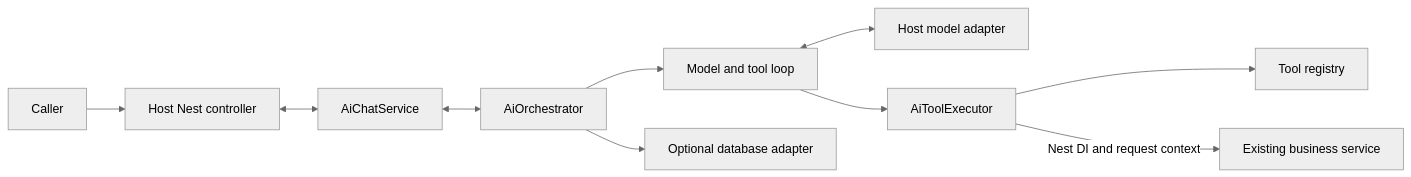
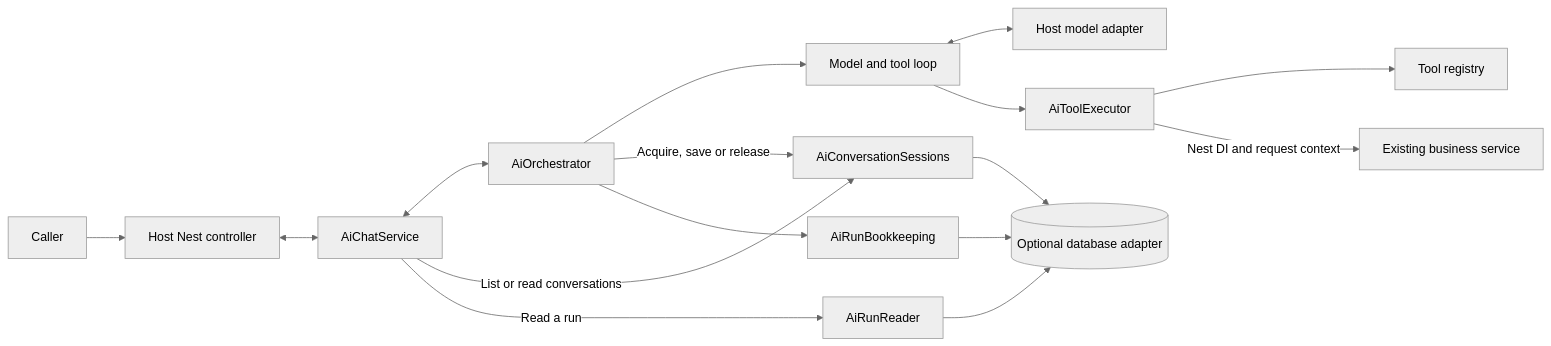
Before and after one commit to smthspecial/nest-ai-middleware: the diagram in .spec/technical/arch/arch-001.md, drawn with Mermaid (neutral theme). The commit also changed other lines of this file and 57 other files, not shown here.

````diff
--- a/.spec/technical/arch/arch-001.md
+++ b/.spec/technical/arch/arch-001.md
@@ -27,12 +28,18 @@
 ```mermaid
 flowchart LR
     Caller --> Controller[Host Nest controller]
     Controller <--> Chat[AiChatService]
     Chat <--> Orchestrator[AiOrchestrator]
     Orchestrator --> Answer[Model and tool loop]
-    Orchestrator --> Storage[Optional database adapter]
+    Orchestrator -->|Acquire, save or release| Sessions[AiConversationSessions]
+    Orchestrator --> Bookkeeping[AiRunBookkeeping]
+    Chat -->|List or read conversations| Sessions
+    Chat -->|Read a run| Reader[AiRunReader]
+    Sessions --> Storage[(Optional database adapter)]
+    Bookkeeping --> Storage
+    Reader --> Storage
     Answer <--> Model[Host model adapter]
     Answer --> Executor[AiToolExecutor]
     Executor --> Registry[Tool registry]
     Executor -->|Nest DI and request context| Service[Existing business service]
 ```
````
